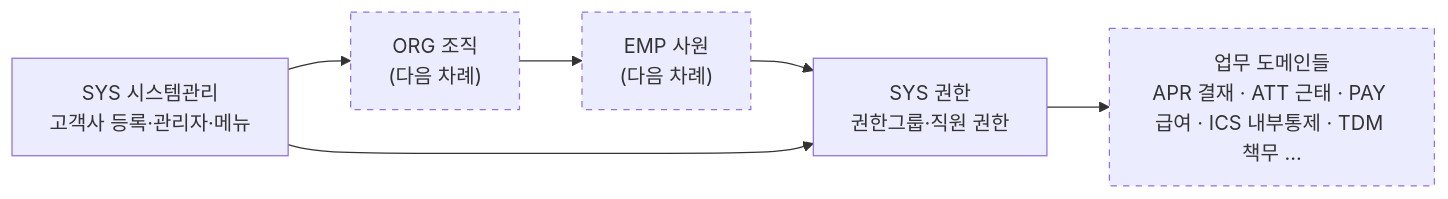
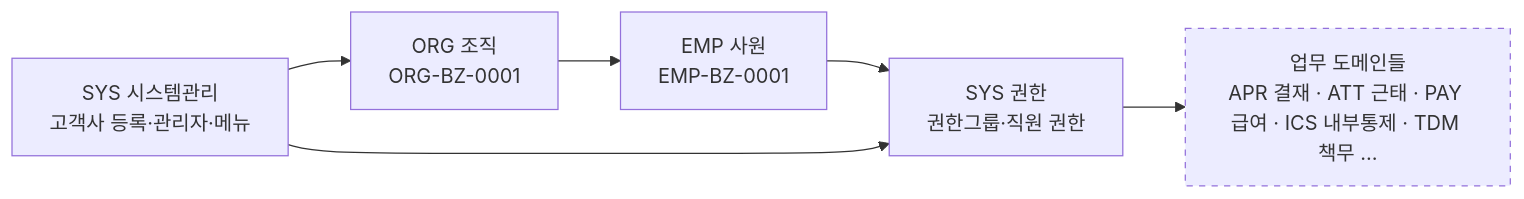
Before and after one commit to KimDoYoung/framework-sprt: the diagram in AssetERP/docs/2-업무분석/biz-event/00-도메인Map.md, drawn with Mermaid. The commit also changed other lines of this file and 12 other files, not shown here.

First line of the commit message:
업무분석 BizEvent: SYS-BZ-0002·0003·0007·0012, ORG·EMP 첫 이벤트 상세와 시나리오 시험

````diff
--- a/AssetERP/docs/2-업무분석/biz-event/00-도메인Map.md
+++ b/AssetERP/docs/2-업무분석/biz-event/00-도메인Map.md
@@ -6,14 +6,14 @@
 ```mermaid
 flowchart LR
     SYS["SYS 시스템관리<br/>고객사 등록·관리자·메뉴"]
-    ORG["ORG 조직<br/>(다음 차례)"]
-    EMP["EMP 사원<br/>(다음 차례)"]
+    ORG["ORG 조직<br/>ORG-BZ-0001"]
+    EMP["EMP 사원<br/>EMP-BZ-0001"]
     AUTH["SYS 권한<br/>권한그룹·직원 권한"]
     WORK["업무 도메인들<br/>APR 결재 · ATT 근태 · PAY 급여 · ICS 내부통제 · TDM 책무 …"]
 
     SYS --> ORG --> EMP --> AUTH --> WORK
     SYS --> AUTH
 
     classDef todo stroke-dasharray: 5 5
-    class ORG,EMP,WORK todo
+    class WORK todo
 ```
````
